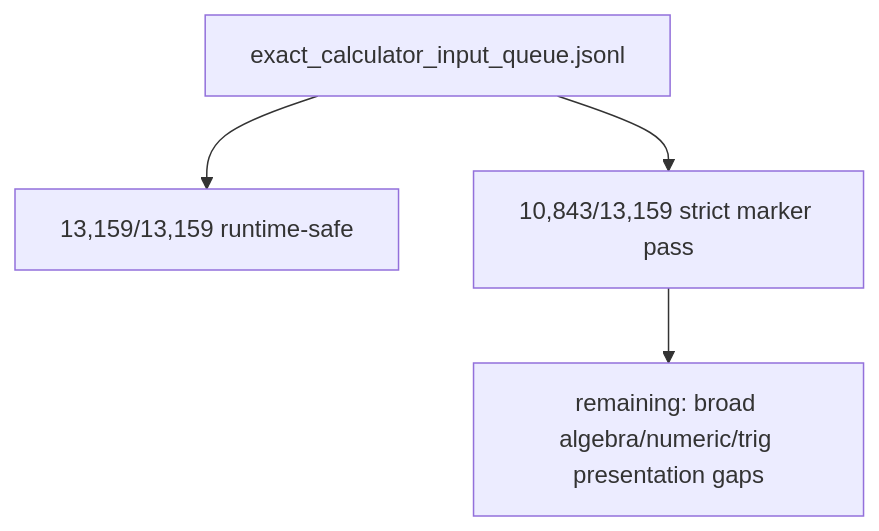
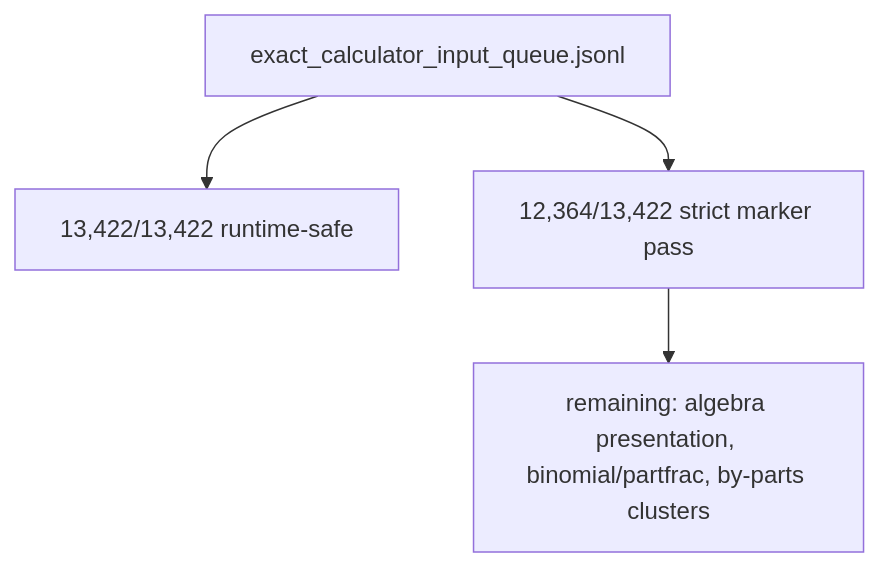
The fifth of 5 diagrams in docs/GRAPH.md (james8464/notes-addin-casio-fx-cg50), drawn with Mermaid before and after one commit. The commit also changed other lines of this file and 4 other files, not shown here.

````diff
--- a/docs/GRAPH.md
+++ b/docs/GRAPH.md
@@ -57,6 +57,6 @@
 ```mermaid
 graph TD
-  Queue["exact_calculator_input_queue.jsonl"] --> Runtime["13,159/13,159 runtime-safe"]
-  Queue --> Strict["10,843/13,159 strict marker pass"]
-  Strict --> Remaining["remaining: broad algebra/numeric/trig presentation gaps"]
+  Queue["exact_calculator_input_queue.jsonl"] --> Runtime["13,422/13,422 runtime-safe"]
+  Queue --> Strict["12,364/13,422 strict marker pass"]
+  Strict --> Remaining["remaining: algebra presentation, binomial/partfrac, by-parts clusters"]
 ```
````
